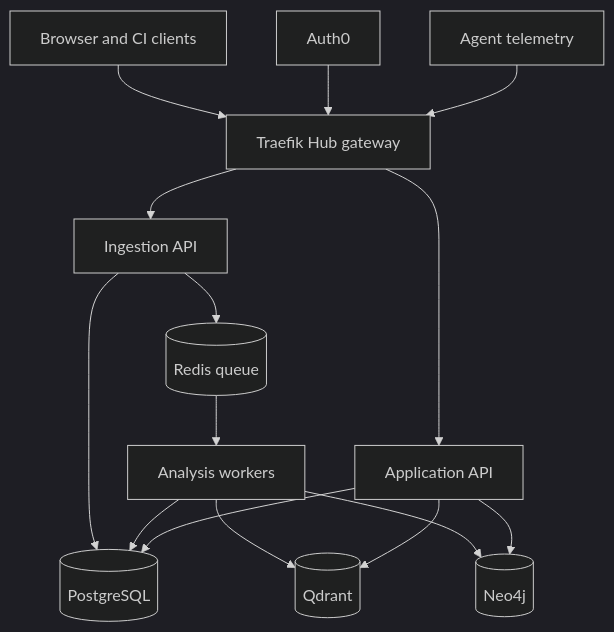
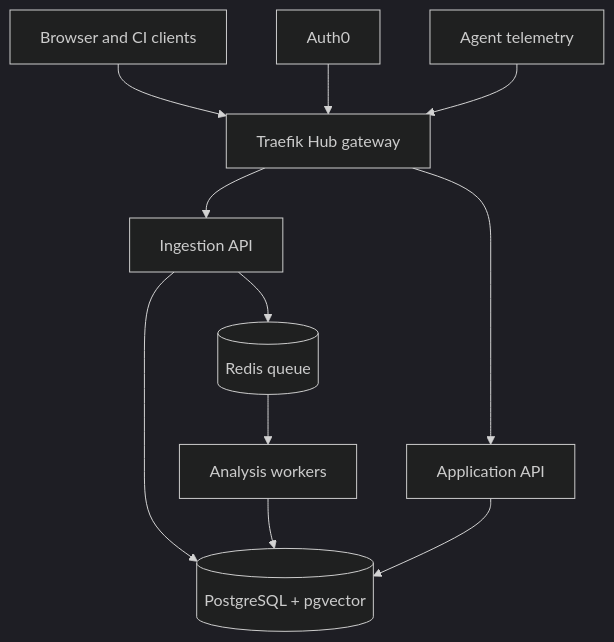
One commit to NguyenVu04/agent-proof changed the diagram in README.md. Above: the diagram before and after it, drawn with Mermaid (dark theme). The commit also changed other lines of this file and 10 other files, not shown here.

````diff
--- a/README.md
+++ b/README.md
@@ -57,17 +57,13 @@
 ```mermaid
 flowchart TD
     A["Browser and CI clients"] --> G["Traefik Hub gateway"]
     U["Auth0"] --> G
     T["Agent telemetry"] --> G
     G --> API["Application API"]
     G --> ING["Ingestion API"]
-    ING --> P[(PostgreSQL)]
+    ING --> P[(PostgreSQL + pgvector)]
     ING --> Q[(Redis queue)]
     Q --> W["Analysis workers"]
     W --> P
-    W --> V[(Qdrant)]
-    W --> N[(Neo4j)]
     API --> P
-    API --> V
-    API --> N
 ```
````
